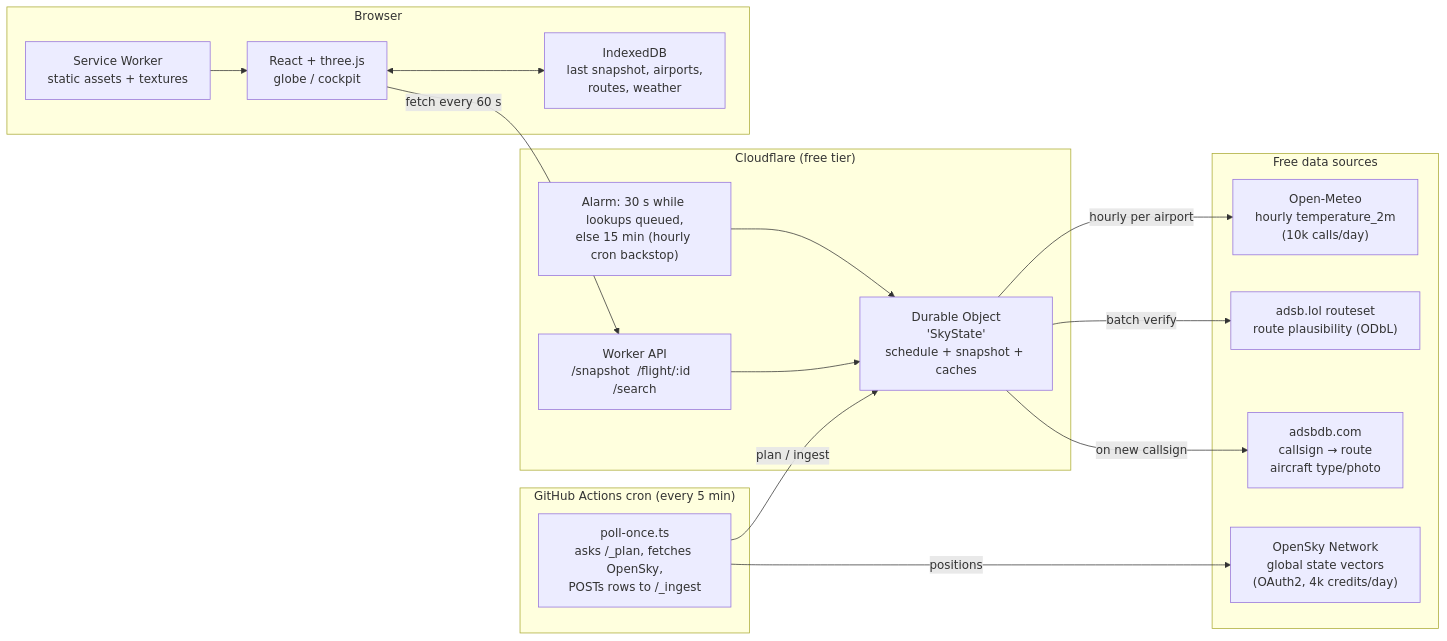
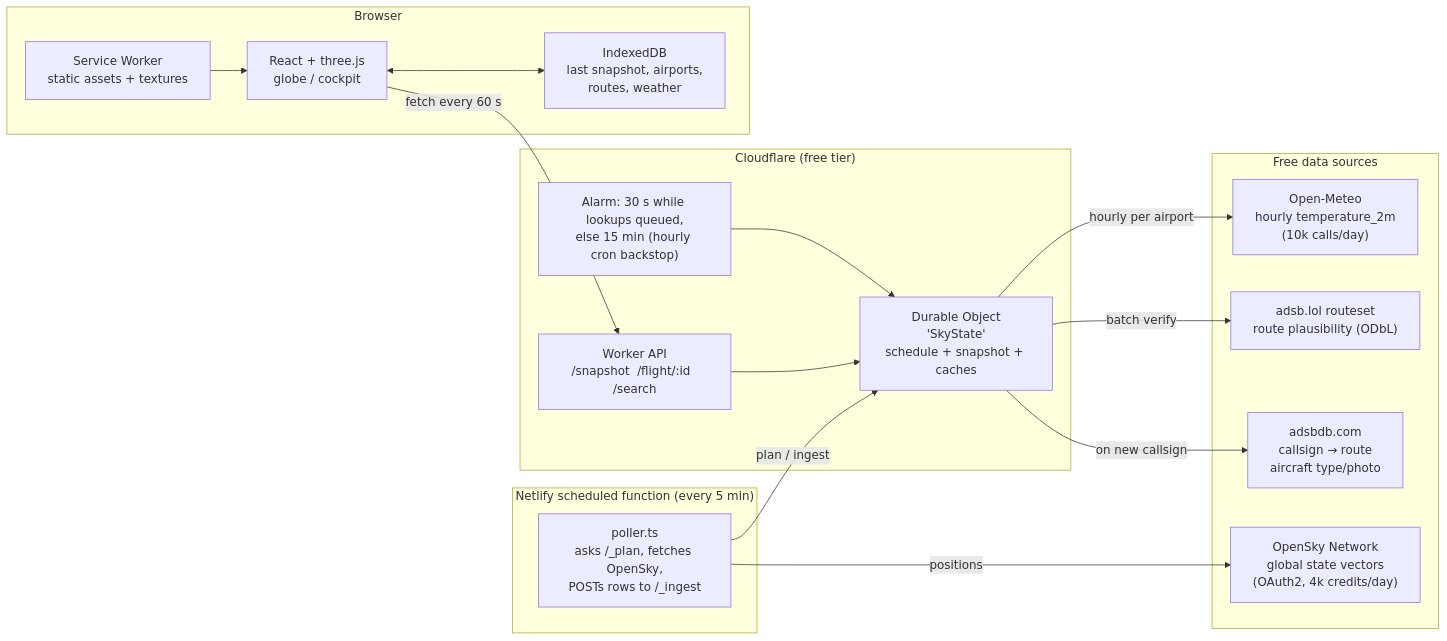
One commit to brandonIsTall/flightflux changed the first of 5 diagrams in docs/PLAN.md. Above: the diagram before and after it, drawn with Mermaid. The commit also changed other lines of this file and 13 other files, not shown here.

First line of the commit message:
Netlify poller, full-sweep plans, and clear the npm audit

````diff
--- a/docs/PLAN.md
+++ b/docs/PLAN.md
@@ -38,36 +38,36 @@
 ```mermaid
 flowchart LR
   subgraph Sources["Free data sources"]
     OS["OpenSky Network<br/>global state vectors<br/>(OAuth2, 4k credits/day)"]
     DB["adsbdb.com<br/>callsign → route<br/>aircraft type/photo"]
     LOL["adsb.lol routeset<br/>route plausibility (ODbL)"]
     OM["Open-Meteo<br/>hourly temperature_2m<br/>(10k calls/day)"]
   end
 
-  subgraph Poller["GitHub Actions cron (every 5 min)"]
-    GH["poll-once.ts<br/>asks /_plan, fetches OpenSky,<br/>POSTs rows to /_ingest"]
+  subgraph Poller["Netlify scheduled function (every 5 min)"]
+    GH["poller.ts<br/>asks /_plan, fetches OpenSky,<br/>POSTs rows to /_ingest"]
   end
 
   subgraph Edge["Cloudflare (free tier)"]
     CRON["Alarm: 30 s while lookups queued,<br/>else 15 min (hourly cron backstop)"]
     DO["Durable Object<br/>'SkyState'<br/>schedule + snapshot + caches"]
     API["Worker API<br/>/snapshot  /flight/:id  /search"]
   end
 
   subgraph Client["Browser"]
     SW["Service Worker<br/>static assets + textures"]
     IDB["IndexedDB<br/>last snapshot, airports,<br/>routes, weather"]
     APP["React + three.js<br/>globe / cockpit"]
   end
 
   CRON --> DO
   GH -- positions --> OS
   GH -- plan / ingest --> DO
   DO -- on new callsign --> DB
   DO -- batch verify --> LOL
   DO -- hourly per airport --> OM
   API --> DO
   APP -- fetch every 60 s --> API
   APP <--> IDB
   SW --> APP
 ```
````
